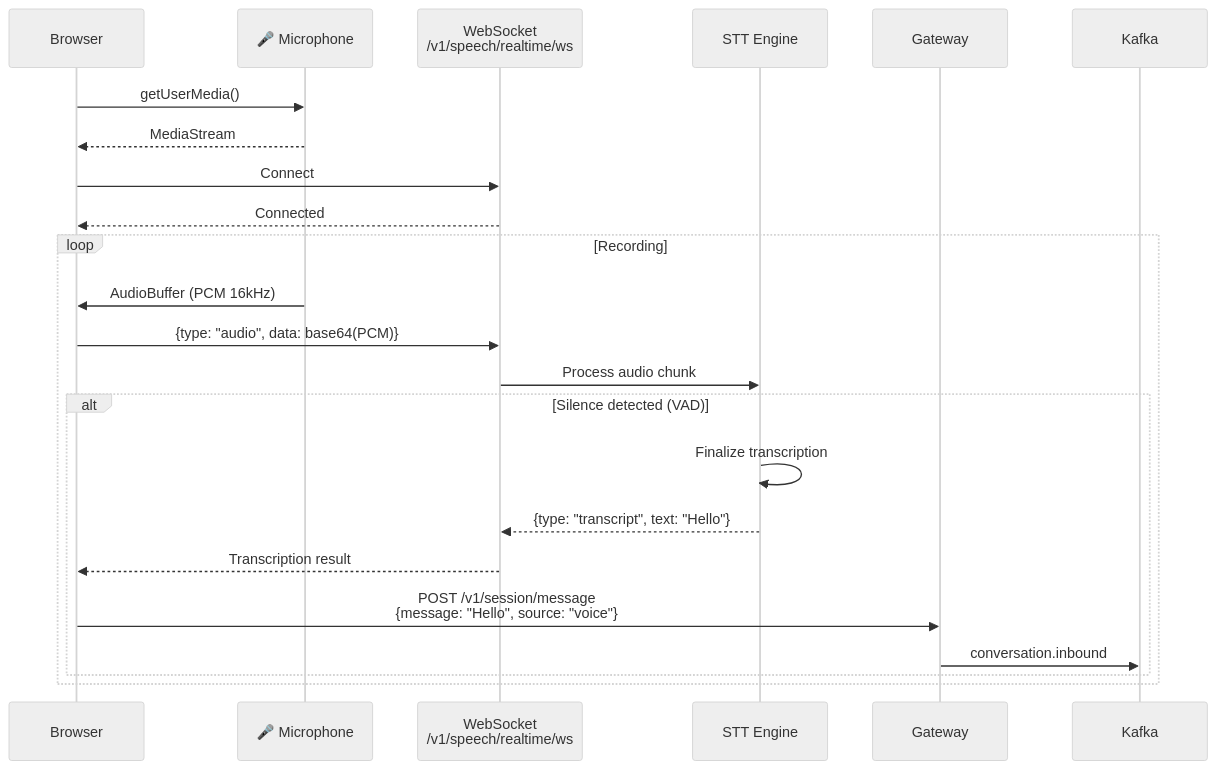
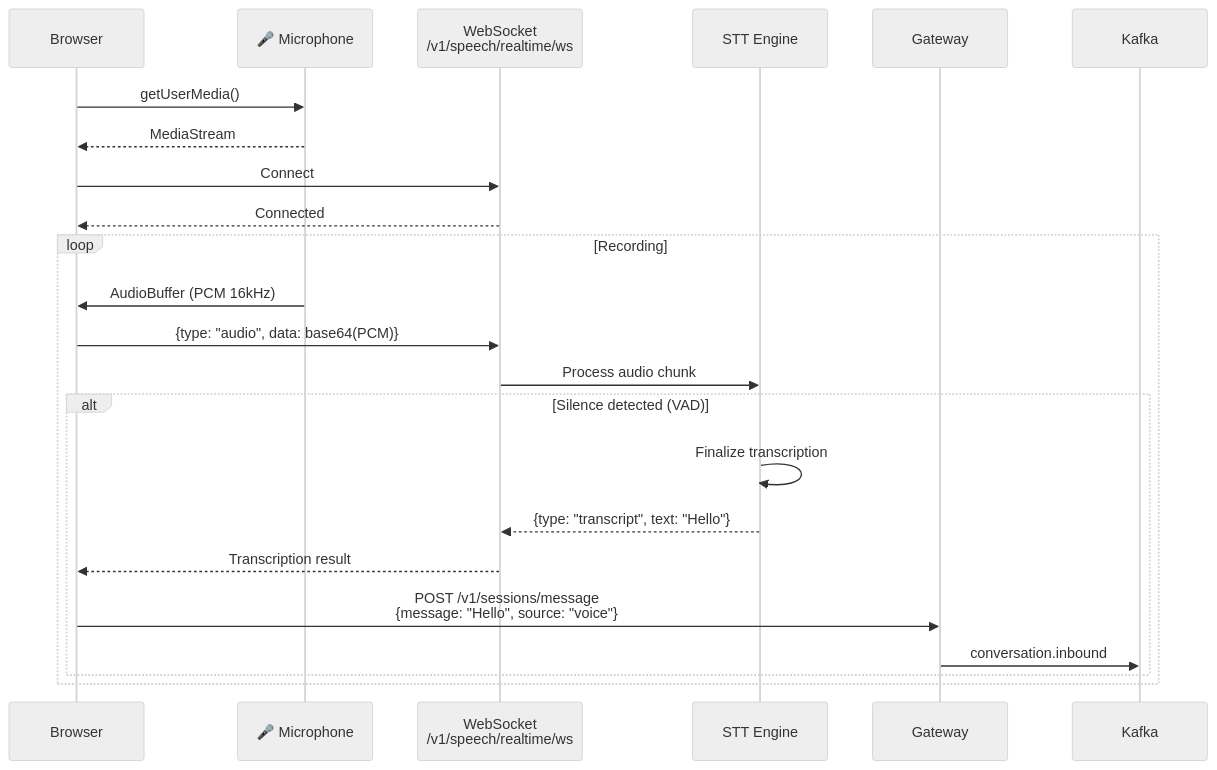
One commit to somatechlat/somaagent01 changed the fourth of 6 diagrams in docs/flows/COMPLETE_MULTIMODAL_FLOW.md. Above: the diagram before and after it, drawn with Mermaid (neutral theme). The commit also changed other lines of this file and 136 other files, not shown here.

````diff
--- a/docs/flows/COMPLETE_MULTIMODAL_FLOW.md
+++ b/docs/flows/COMPLETE_MULTIMODAL_FLOW.md
@@ -223,30 +223,30 @@
 ```mermaid
 sequenceDiagram
     participant Browser
     participant Mic as 🎤 Microphone
     participant WS as WebSocket<br/>/v1/speech/realtime/ws
     participant STT as STT Engine
     participant Gateway
     participant Kafka
     
     Browser->>Mic: getUserMedia()
     Mic-->>Browser: MediaStream
     
     Browser->>WS: Connect
     WS-->>Browser: Connected
     
     loop Recording
         Mic->>Browser: AudioBuffer (PCM 16kHz)
         Browser->>WS: {type: "audio", data: base64(PCM)}
         WS->>STT: Process audio chunk
         
         alt Silence detected (VAD)
             STT->>STT: Finalize transcription
             STT-->>WS: {type: "transcript", text: "Hello"}
             WS-->>Browser: Transcription result
             
-            Browser->>Gateway: POST /v1/session/message<br/>{message: "Hello", source: "voice"}
+            Browser->>Gateway: POST /v1/sessions/message<br/>{message: "Hello", source: "voice"}
             Gateway->>Kafka: conversation.inbound
         end
     end
 ```
````
